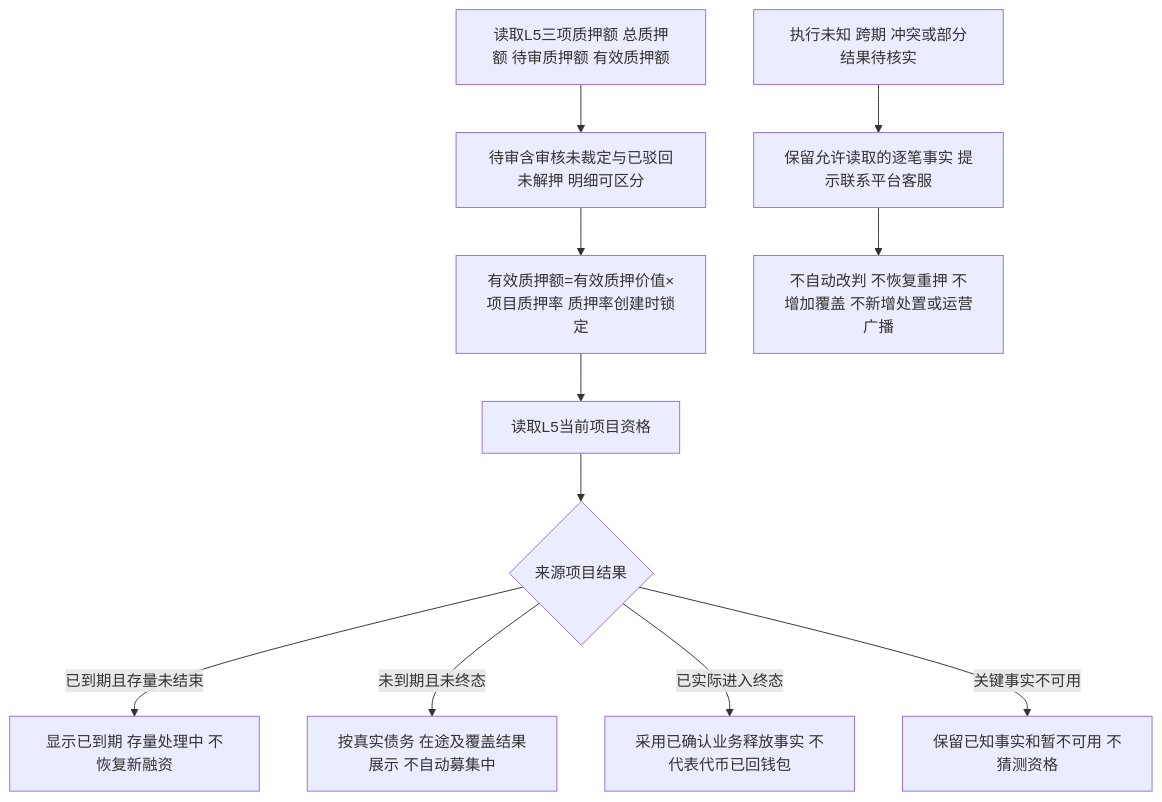
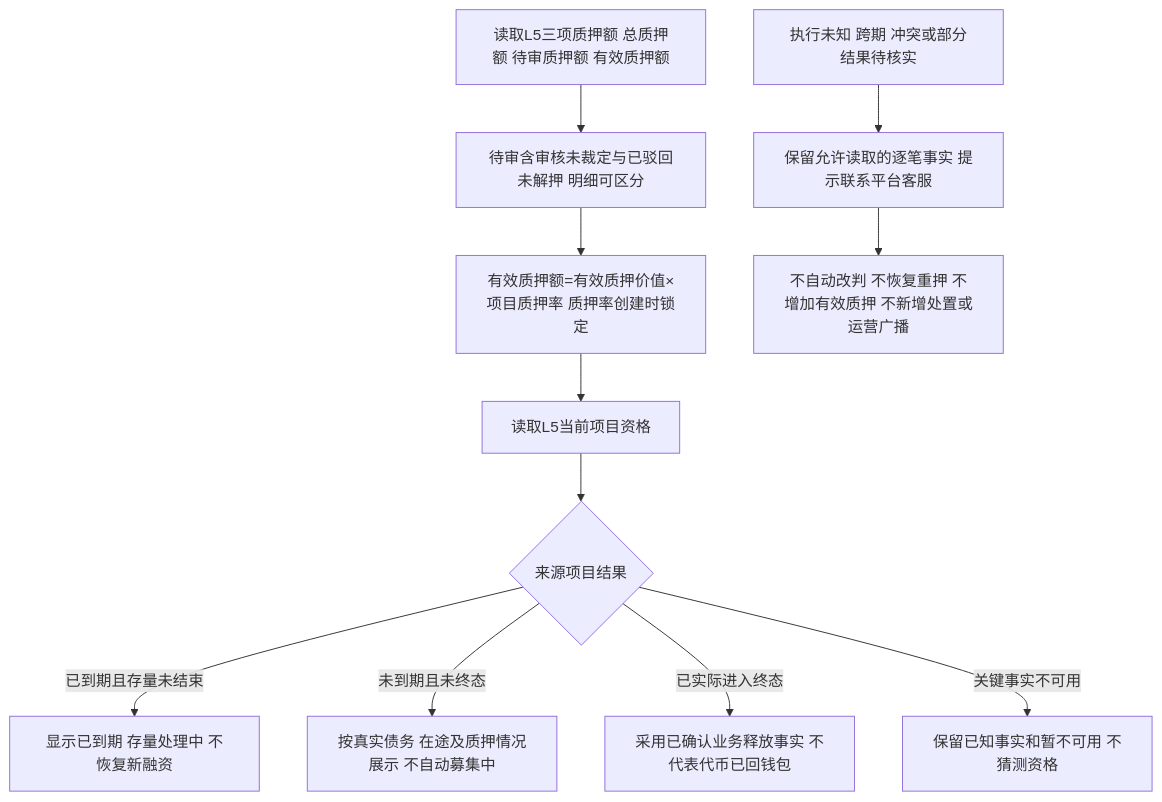
Before and after one commit to wxblockchain/Chain-Financing: diagram 11 of 11 in lending-platform/PRD/面客端/09-我的控制台/02-我的控制台-流程图与状态机.md, drawn with Mermaid. The commit also changed 20 other files, not shown here.

````diff
--- a/lending-platform/PRD/面客端/09-我的控制台/02-我的控制台-流程图与状态机.md
+++ b/lending-platform/PRD/面客端/09-我的控制台/02-我的控制台-流程图与状态机.md
@@ -295,13 +295,13 @@
 ```mermaid
 flowchart TD
   A[读取L5三项质押额 总质押额 待审质押额 有效质押额] --> B[待审含审核未裁定与已驳回未解押 明细可区分]
   B --> C[有效质押额=有效质押价值×项目质押率 质押率创建时锁定]
   C --> D[读取L5当前项目资格]
   D --> E{来源项目结果}
   E -- 已到期且存量未结束 --> F[显示已到期 存量处理中 不恢复新融资]
-  E -- 未到期且未终态 --> G[按真实债务 在途及覆盖结果展示 不自动募集中]
+  E -- 未到期且未终态 --> G[按真实债务 在途及质押情况展示 不自动募集中]
   E -- 已实际进入终态 --> H[采用已确认业务释放事实 不代表代币已回钱包]
   E -- 关键事实不可用 --> I[保留已知事实和暂不可用 不猜测资格]
   J[执行未知 跨期 冲突或部分结果待核实] --> K[保留允许读取的逐笔事实 提示联系平台客服]
-  K --> L[不自动改判 不恢复重押 不增加覆盖 不新增处置或运营广播]
+  K --> L[不自动改判 不恢复重押 不增加有效质押 不新增处置或运营广播]
 ```
````
